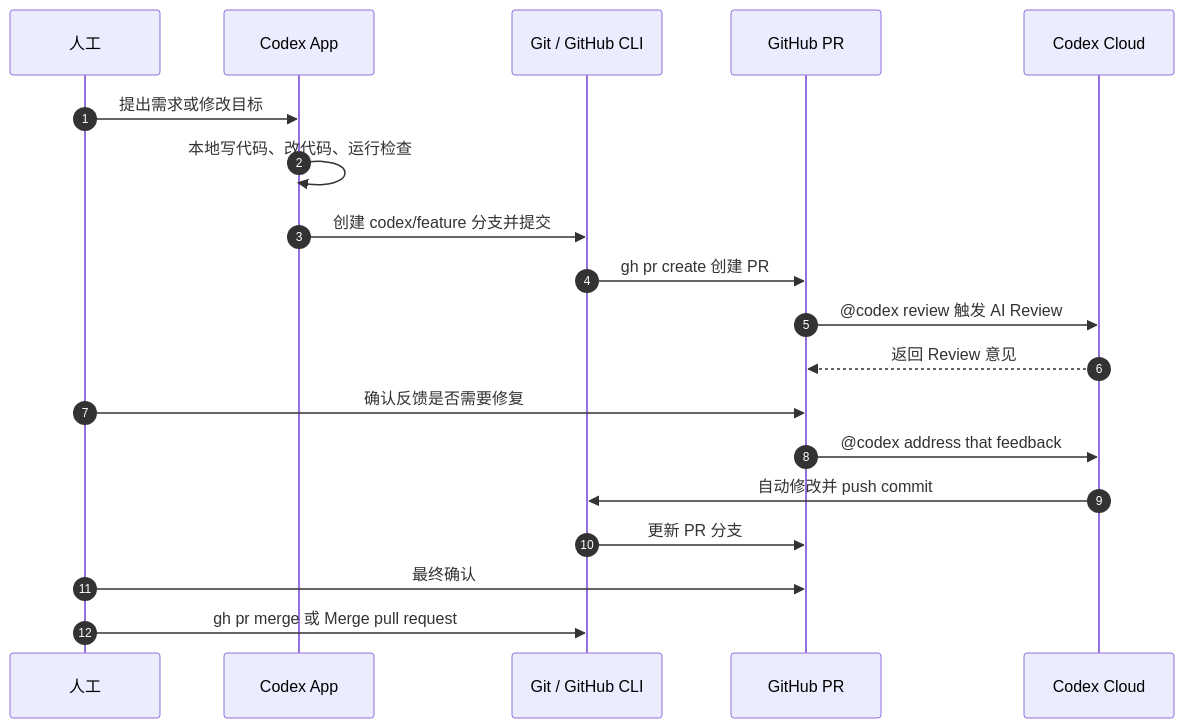
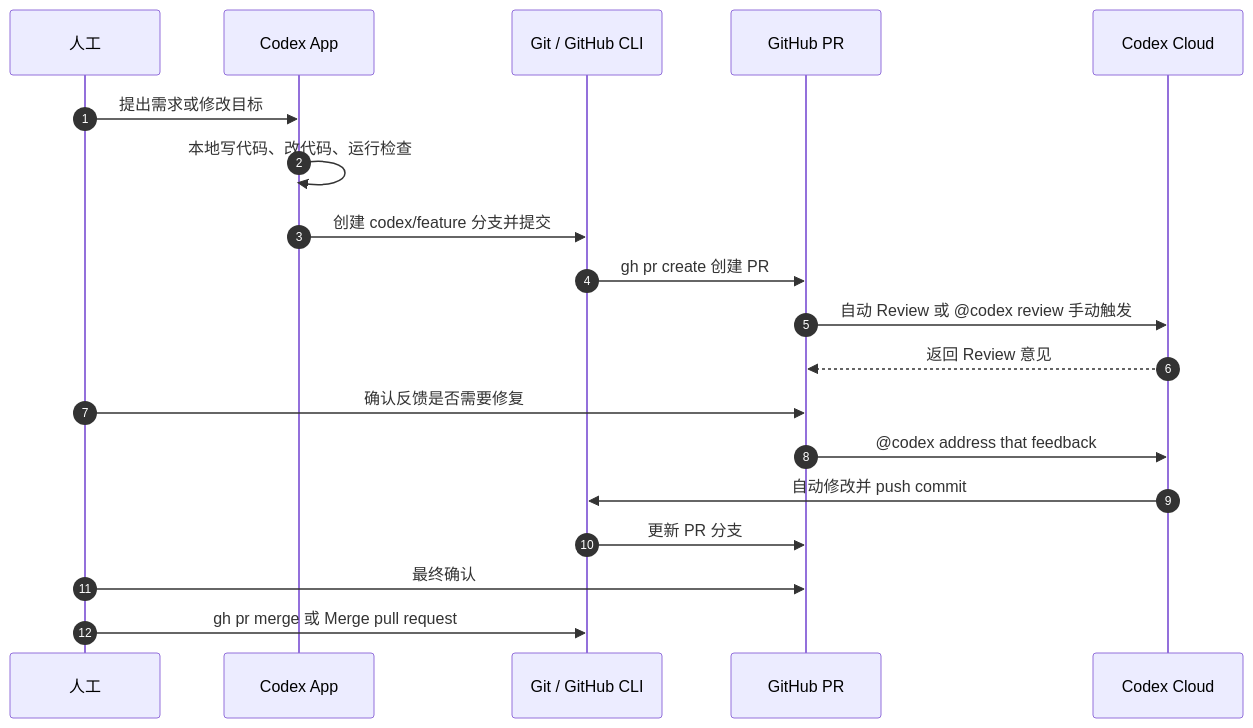
Before and after one commit to Tsionhe/pr-codex-test: the diagram in docs/pr-review-workflow.md, drawn with Mermaid. The commit also changed other lines of this file, not shown here.

````diff
--- a/docs/pr-review-workflow.md
+++ b/docs/pr-review-workflow.md
@@ -13,22 +26,22 @@
 ```mermaid
 sequenceDiagram
     autonumber
     participant Human as 人工
     participant App as Codex App
     participant Git as Git / GitHub CLI
     participant PR as GitHub PR
     participant Cloud as Codex Cloud
 
     Human->>App: 提出需求或修改目标
     App->>App: 本地写代码、改代码、运行检查
     App->>Git: 创建 codex/feature 分支并提交
     Git->>PR: gh pr create 创建 PR
-    PR->>Cloud: @codex review 触发 AI Review
+    PR->>Cloud: 自动 Review 或 @codex review 手动触发
     Cloud-->>PR: 返回 Review 意见
     Human->>PR: 确认反馈是否需要修复
     PR->>Cloud: @codex address that feedback
     Cloud->>Git: 自动修改并 push commit
     Git->>PR: 更新 PR 分支
     Human->>PR: 最终确认
     Human->>Git: gh pr merge 或 Merge pull request
 ```
````
